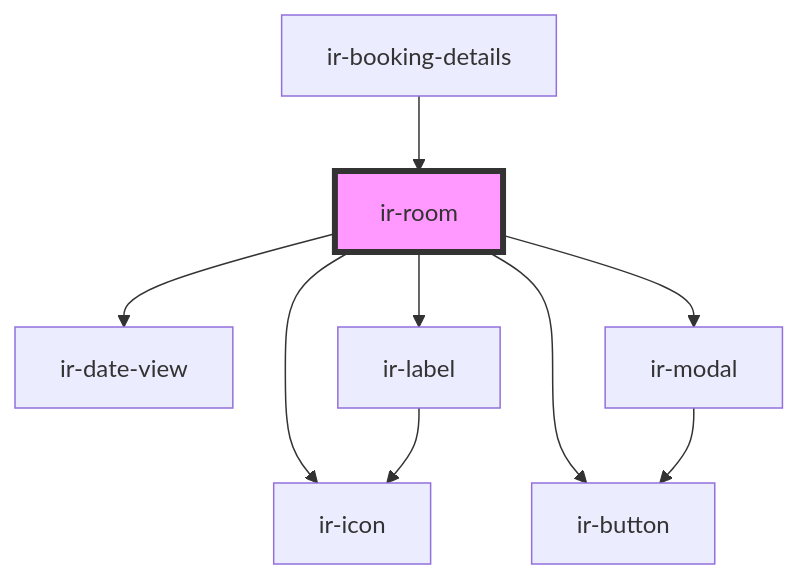
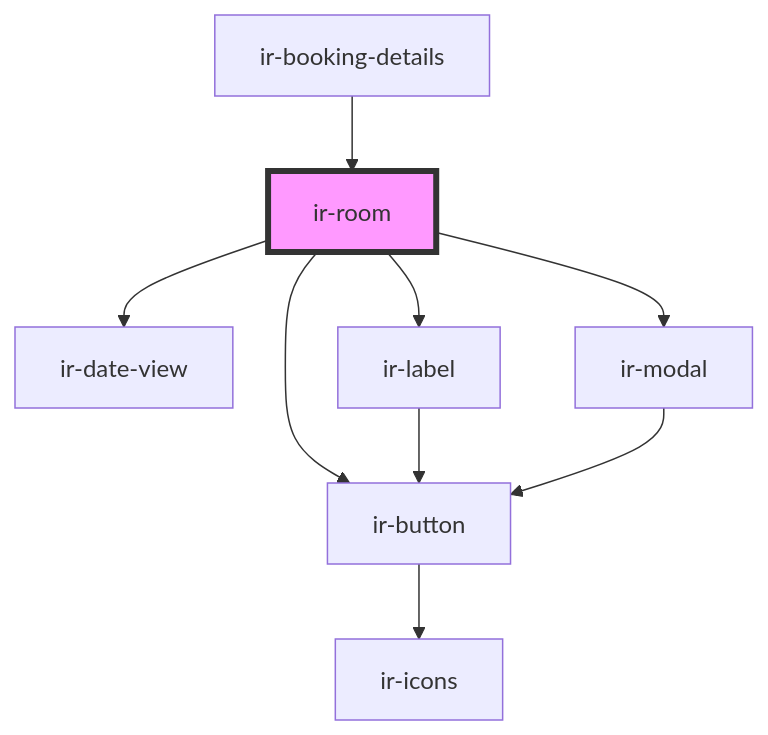
The diagram in src/components/ir-booking-details/ir-room/readme.md (David1Chowaifaty/modified-ir-webcmp), drawn with Mermaid before and after one commit. The commit also changed other lines of this file and 32 other files, not shown here.

````diff
--- a/src/components/ir-booking-details/ir-room/readme.md
+++ b/src/components/ir-booking-details/ir-room/readme.md
@@ -53,12 +53,12 @@
 ```mermaid
 graph TD;
-  ir-room --> ir-icon
+  ir-room --> ir-button
   ir-room --> ir-date-view
-  ir-room --> ir-button
   ir-room --> ir-label
   ir-room --> ir-modal
-  ir-label --> ir-icon
+  ir-button --> ir-icons
+  ir-label --> ir-button
   ir-modal --> ir-button
   ir-booking-details --> ir-room
   style ir-room fill:#f9f,stroke:#333,stroke-width:4px
 ```
````
